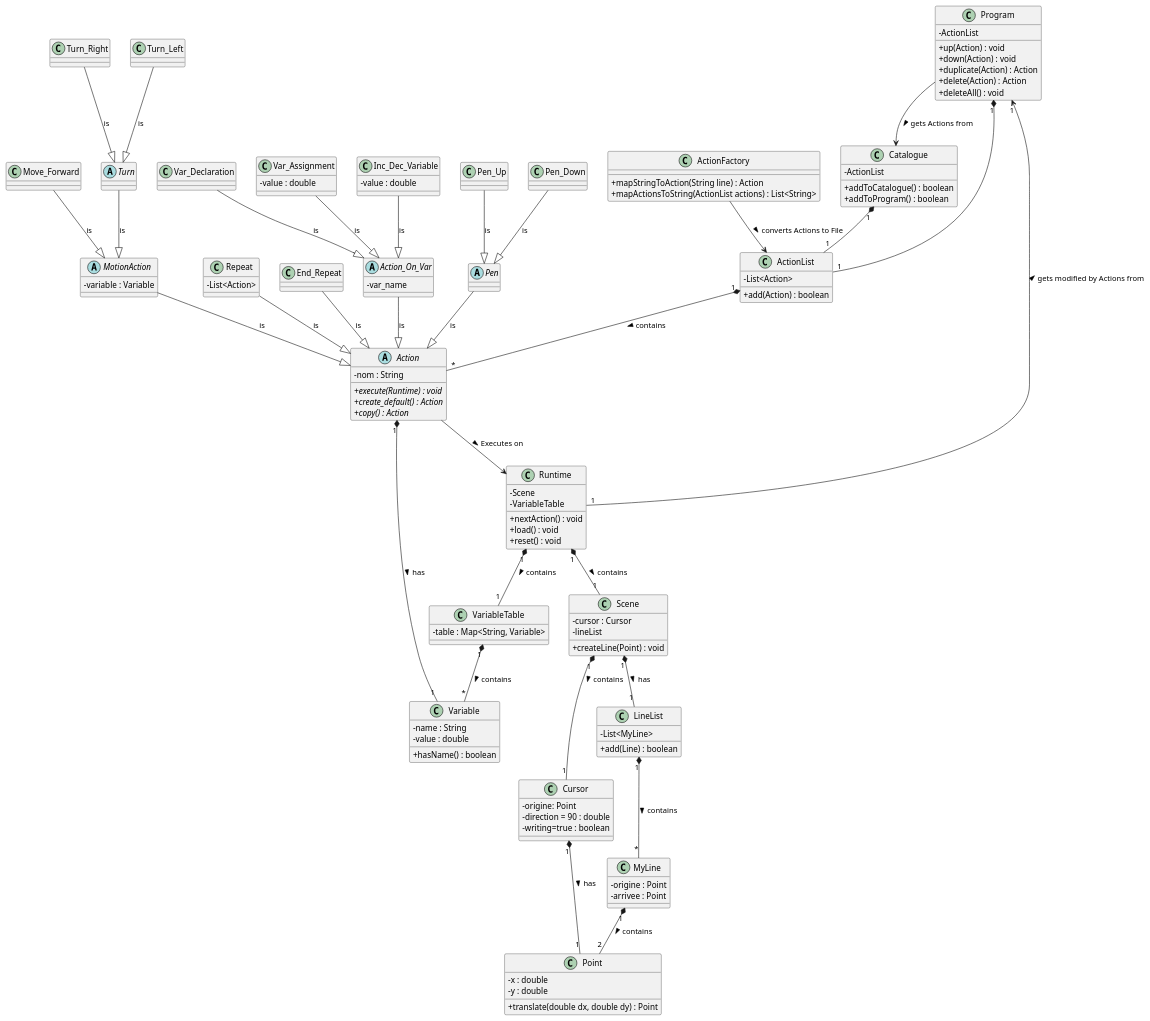
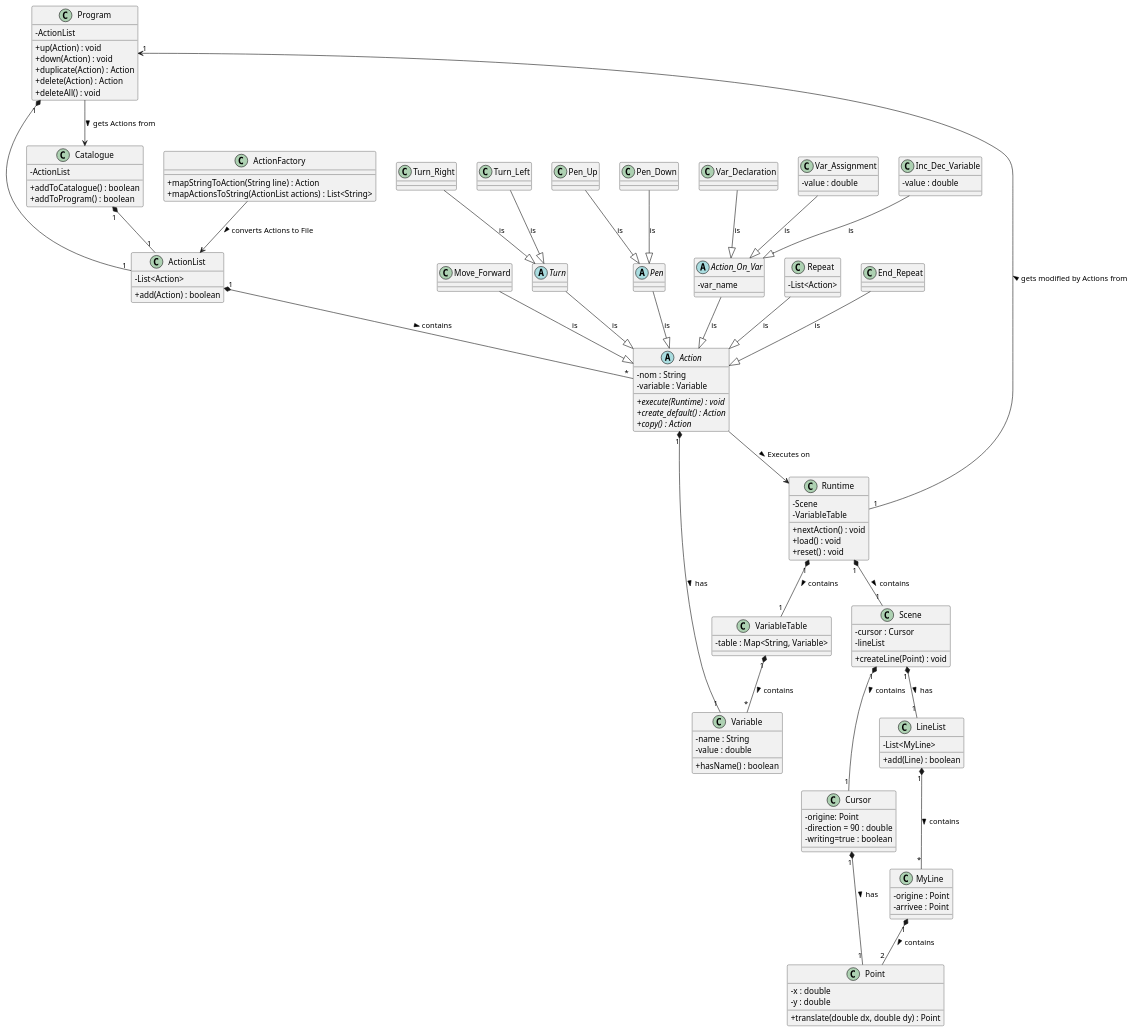
The diagram in diagramme_classes.puml (ajeridi/scratchlike-project), drawn with PlantUML before and after one commit.

Commit message:
refactor(diagramme_classe) : suppression de la classe abstraite MotionAction

```diff
--- a/diagramme_classes.puml
+++ b/diagramme_classes.puml
@@ -1,178 +1,175 @@
 @startuml
 
 skinparam Shadowing false               /' Désactive l'effet d'ombre sur les éléments '/
 skinparam classAttributeIconSize 0      /' Taille des icônes d'attribut de classe (ici 0 pour les cacher) '/
 skinparam defaultFontName Consolas      /' Utilisation de la police Consolas par défaut '/
 !pragma useIntermediatePackages false   /' Désactive l'utilisation de packages intermédiaires '/
 
 
 class Program {
      - ActionList
      + up(Action) : void
      + down(Action) : void
      + duplicate(Action) : Action
      + delete(Action) : Action
      + deleteAll() : void
 }
 
 class ActionList{
     - List<Action>
     + add(Action) : boolean
 }
 
 
 class Catalogue {
     - ActionList
     + addToCatalogue() : boolean
     + addToProgram() : boolean
 }
 
 class ActionFactory {
     + mapStringToAction(String line) : Action
     +  mapActionsToString(ActionList actions) : List<String>
 }
 
 abstract class Action {
     - nom : String
+    - variable : Variable
     + {abstract} execute(Runtime) : void
     + {abstract} create_default() : Action
     + {abstract} copy() : Action
 }
 
-abstract class MotionAction {
-    - variable : Variable
-}
 
 class Variable {
     - name : String
     - value : double
     + hasName() : boolean
 }
 
 class Move_Forward {
 }
 
 abstract class Turn {
 }
 
 class Turn_Right {
 }
 
 class Turn_Left {
 }
 
 abstract class Pen {
 
 }
 
 class Pen_Up {
 }
 
 class Pen_Down {
 }
 
 abstract class Action_On_Var {
     - var_name
 }
 class Var_Declaration {
     /'declare une variable'/
 }
 
 class Var_Assignment {
     /'Assigne une variable'/
     - value : double
 }
 
 class Inc_Dec_Variable {
     /'Incrémente ou décrémente la variable'/
     - value : double
 }
 
 class Repeat {
     - List<Action>
 }
 
 class End_Repeat{
 }
 
 class VariableTable {
     - table : Map<String, Variable>
 }
 
 class Runtime {
     - Scene
     - VariableTable
     + nextAction() : void
     + load() : void
     + reset() : void
 }
 
 class Scene {
     - cursor : Cursor
     - lineList
     + createLine(Point) : void
 }
 
 class Cursor {
     - origine: Point
     - direction = 90 : double
     - writing=true : boolean
 }
 
 class LineList {
     - List<MyLine>
     + add(Line) : boolean
 }
 
 class MyLine {
     - origine : Point
     - arrivee : Point
 }
 
 class Point {
     - x : double
     - y : double
     + translate(double dx, double dy) : Point
 }
 
 
-Move_Forward --|> MotionAction : is
-MotionAction --|> Action : is
-Turn --|> MotionAction : is
+Move_Forward --|> Action : is
+Turn --|> Action : is
 Turn_Right --|> Turn : is
 Turn_Left --|> Turn : is
 
 Pen --|> Action : is
 Pen_Up --|> Pen : is
 Pen_Down --|> Pen : is
 Action_On_Var --|> Action : is
 Var_Declaration --|> Action_On_Var : is
 Var_Assignment --|> Action_On_Var : is
 Inc_Dec_Variable --|> Action_On_Var : is
 Repeat --|> Action : is
 End_Repeat --|> Action : is
 
 ActionFactory --> ActionList : > converts Actions to File
 Action --> Runtime : > Executes on
 Program "1"*--"1" ActionList
 ActionList "1"*--"*" Action : > contains
 Catalogue "1"*--"1" ActionList
 Action "1"*--"1" Variable : > has
 
 VariableTable "1"*--"*" Variable : > contains
 
 Runtime "1"*--"1" Scene : > contains
 Runtime "1"*--"1" VariableTable : > contains
 
 Scene "1"*--"1" Cursor : > contains
 Scene "1"*--"1" LineList : > has
 LineList "1"*--"*" MyLine : > contains
 Cursor "1"*--"1" Point : > has
 MyLine "1"*--"2" Point : > contains
 
 Runtime "1"-->"1" Program : > gets modified by Actions from
 
 Program --> Catalogue : >  gets Actions from
 
 
 @enduml
```
